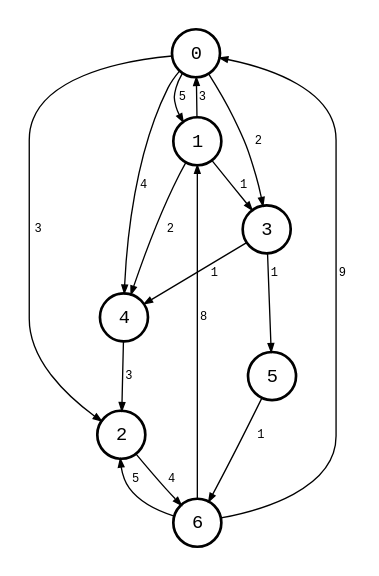
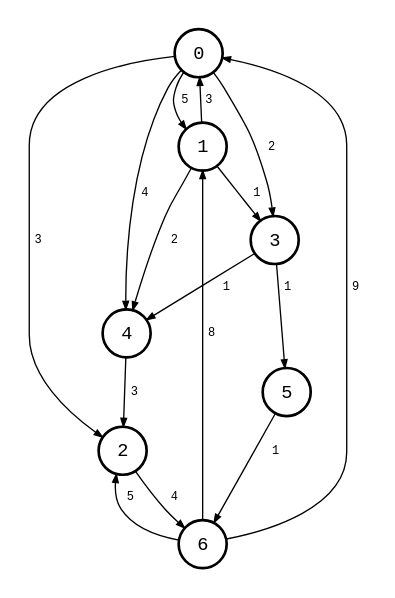
Before and after one commit to bsdrks/graaf-images: the diagram in src/distance_matrix_digraph_1-0.87.2.dot, drawn with Graphviz. The commit also changed 7 other files, not shown here.

```diff
--- a/src/distance_matrix_digraph_1-0.87.2.dot
+++ b/src/distance_matrix_digraph_1-0.87.2.dot
@@ -78,7 +78,7 @@
 
     0 -> 1 [
         label=<
-            <table border="0" cellpadding="2" cellspacing="0">
+            <table border="0" cellpadding="4" cellspacing="0">
                 <tr>
                     <td>5</td>
                 </tr>
@@ -98,7 +98,7 @@
 
     0 -> 3 [
         label=<
-            <table border="0" cellpadding="2" cellspacing="0">
+            <table border="0" cellpadding="4" cellspacing="0">
                 <tr>
                     <td>2</td>
                 </tr>
@@ -108,7 +108,7 @@
 
     0 -> 4 [
         label=<
-            <table border="0" cellpadding="2" cellspacing="0">
+            <table border="0" cellpadding="4" cellspacing="0">
                 <tr>
                     <td>4</td>
                 </tr>
@@ -117,7 +117,7 @@
     ];
     1 -> 0 [
         label=<
-            <table border="0" cellpadding="2" cellspacing="0">
+            <table border="0" cellpadding="4" cellspacing="0">
                 <tr>
                     <td>3</td>
                 </tr>
@@ -126,7 +126,7 @@
     ];
     1 -> 3 [
         label=<
-            <table border="0" cellpadding="2" cellspacing="0">
+            <table border="0" cellpadding="4" cellspacing="0">
                 <tr>
                     <td>1</td>
                 </tr>
@@ -136,7 +136,7 @@
 
     1 -> 4 [
         label=<
-            <table border="0" cellpadding="2" cellspacing="0">
+            <table border="0" cellpadding="4" cellspacing="0">
                 <tr>
                     <td>2</td>
                 </tr>
@@ -145,7 +145,7 @@
     ];
     2 -> 6 [
         label=<
-            <table border="0" cellpadding="2" cellspacing="0">
+            <table border="0" cellpadding="4" cellspacing="0">
                 <tr>
                     <td>4</td>
                 </tr>
@@ -154,7 +154,7 @@
     ];
     3 -> 4 [
         label=<
-            <table border="0" cellpadding="2" cellspacing="0">
+            <table border="0" cellpadding="4" cellspacing="0">
                 <tr>
                     <td>1</td>
                 </tr>
@@ -164,7 +164,7 @@
 
     3 -> 5 [
         label=<
-            <table border="0" cellpadding="2" cellspacing="0">
+            <table border="0" cellpadding="4" cellspacing="0">
                 <tr>
                     <td>1</td>
                 </tr>
@@ -173,7 +173,7 @@
     ];
     4 -> 2 [
         label=<
-            <table border="0" cellpadding="2" cellspacing="0">
+            <table border="0" cellpadding="4" cellspacing="0">
                 <tr>
                     <td>3</td>
                 </tr>
@@ -182,7 +182,7 @@
     ];
     5 -> 6 [
         label=<
-            <table border="0" cellpadding="2" cellspacing="0">
+            <table border="0" cellpadding="4" cellspacing="0">
                 <tr>
                     <td>1</td>
                 </tr>
@@ -192,7 +192,7 @@
 
     6 -> 0 [
         label=<
-            <table border="0" cellpadding="2" cellspacing="0">
+            <table border="0" cellpadding="4" cellspacing="0">
                 <tr>
                     <td>9</td>
                 </tr>
@@ -203,7 +203,7 @@
 
     6 -> 1 [
         label=<
-            <table border="0" cellpadding="2" cellspacing="0">
+            <table border="0" cellpadding="4" cellspacing="0">
                 <tr>
                     <td>8</td>
                 </tr>
@@ -213,7 +213,7 @@
 
     6 -> 2 [
         label=<
-            <table border="0" cellpadding="2" cellspacing="0">
+            <table border="0" cellpadding="4" cellspacing="0">
                 <tr>
                     <td>5</td>
                 </tr>
```
